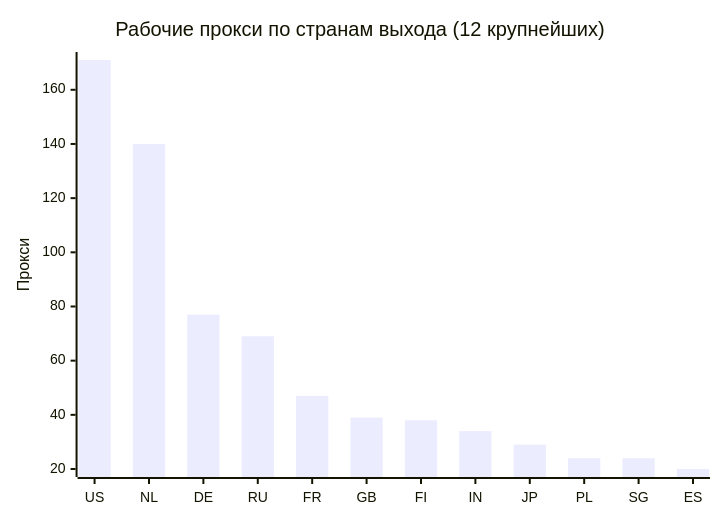
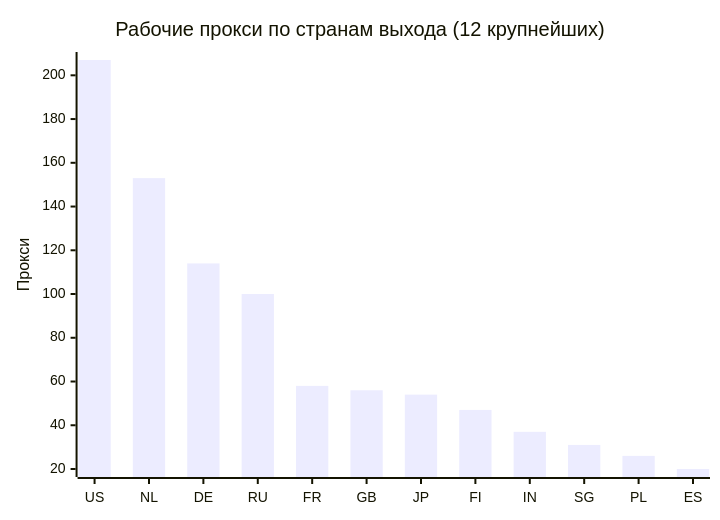
Before and after one commit to rvvg/proxy-subs: the second of 4 diagrams in README.md, drawn with Mermaid. The commit also changed other lines of this file and 53 other files, not shown here.

````diff
--- a/README.md
+++ b/README.md
@@ -136,7 +134,7 @@
 ```mermaid
 xychart-beta
     title "Рабочие прокси по странам выхода (12 крупнейших)"
-    x-axis ["US", "NL", "DE", "RU", "FR", "GB", "FI", "IN", "JP", "PL", "SG", "ES"]
+    x-axis ["US", "NL", "DE", "RU", "FR", "GB", "JP", "FI", "IN", "SG", "PL", "ES"]
     y-axis "Прокси"
-    bar [171, 140, 77, 69, 47, 39, 38, 34, 29, 24, 24, 20]
+    bar [207, 153, 114, 100, 58, 56, 54, 47, 37, 31, 26, 20]
 ```
````
